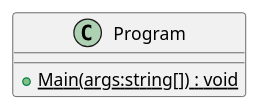
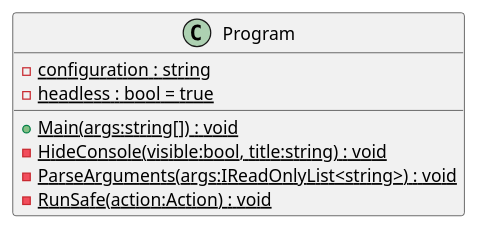
One commit to Louis9902/Sosse19-SE changed the diagram in Diagramme/Klassen/TinyTasksService/Program.puml. Above: the diagram before and after it, drawn with PlantUML. The commit also changed 42 other files, not shown here.

Commit message:
some cleanup of the codebase and an update for the class diagrams This will resolve #6

```diff
--- a/Diagramme/Klassen/TinyTasksService/Program.puml
+++ b/Diagramme/Klassen/TinyTasksService/Program.puml
@@ -1,5 +1,10 @@
 @startuml
 class Program {
+    - {static} configuration : string
+    - {static} headless : bool = true
     + {static} Main(args:string[]) : void
+    - {static} HideConsole(visible:bool, title:string) : void
+    - {static} ParseArguments(args:IReadOnlyList<string>) : void
+    - {static} RunSafe(action:Action) : void
 }
 @enduml
```
